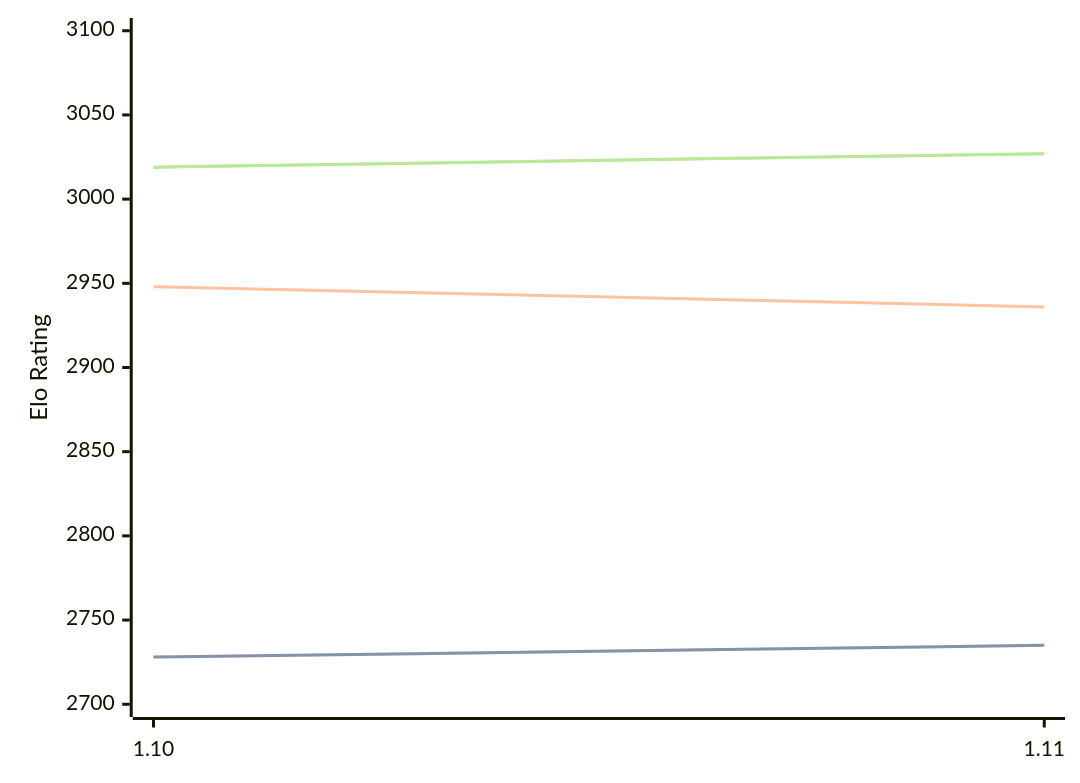
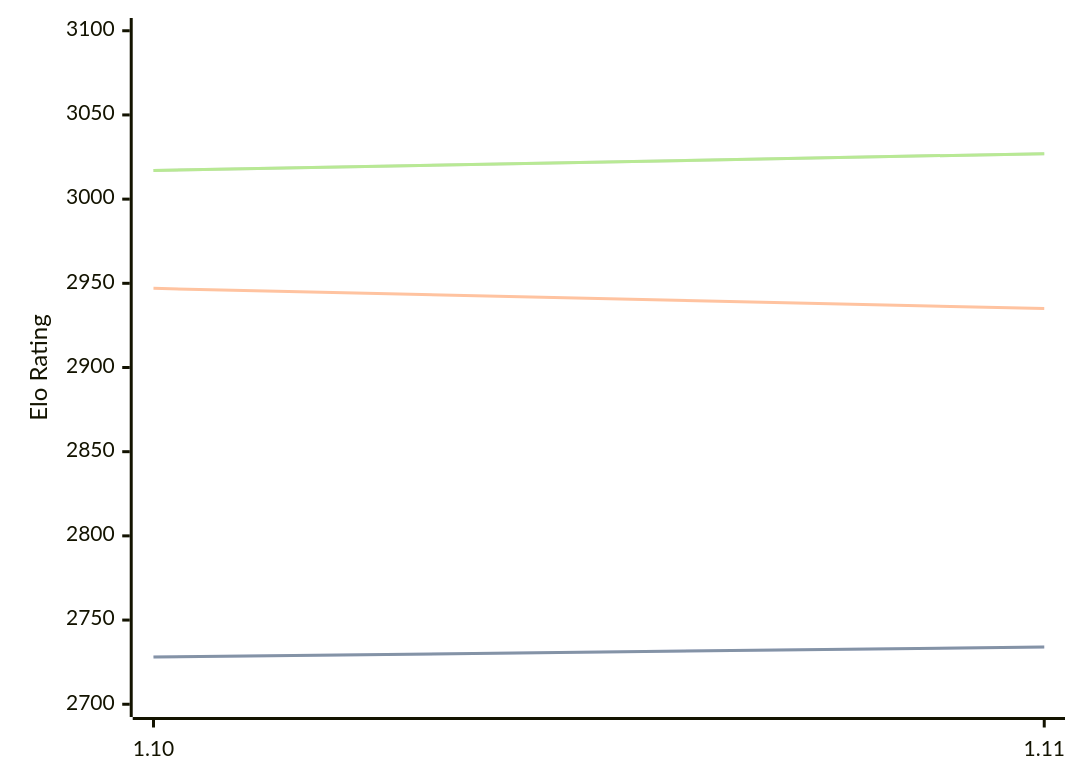
Before and after one commit to computer-chess-index/cci: the diagram in engines/Roc.md, drawn with Mermaid. The commit also changed other lines of this file, not shown here.

Commit message:
Update CCI Ratings (ELO VLTC) - 2026-07-27

````diff
--- a/engines/Roc.md
+++ b/engines/Roc.md
@@ -65,11 +65,11 @@
 ```mermaid
 %%{init: {"theme":"base","themeVariables":{"seriesColors:['#a3a3a3','#222221','#faa371']}}}%%
 xychart-beta
   x-axis ["1.10", "1.11"]
   y-axis "Elo Rating" 2700 --> 3100
-  line "STC (8.0+0.08s)" [2728, 2735]
-  line "STC (8.0+0.08s)" [2728, 2735]
-  line "LTC (60.0+0.60s)" [2948, 2936]
-  line "VLTC (2m24s+1.12s)" [3019, 3027]
-  line "VLTC (2m24s+1.12s)" [3019, 3027]
+  line "STC (8.0+0.08s)" [2728, 2734]
+  line "STC (8.0+0.08s)" [2728, 2734]
+  line "LTC (60.0+0.60s)" [2947, 2935]
+  line "VLTC (2m24s+1.12s)" [3017, 3027]
+  line "VLTC (2m24s+1.12s)" [3017, 3027]
 ```
````
